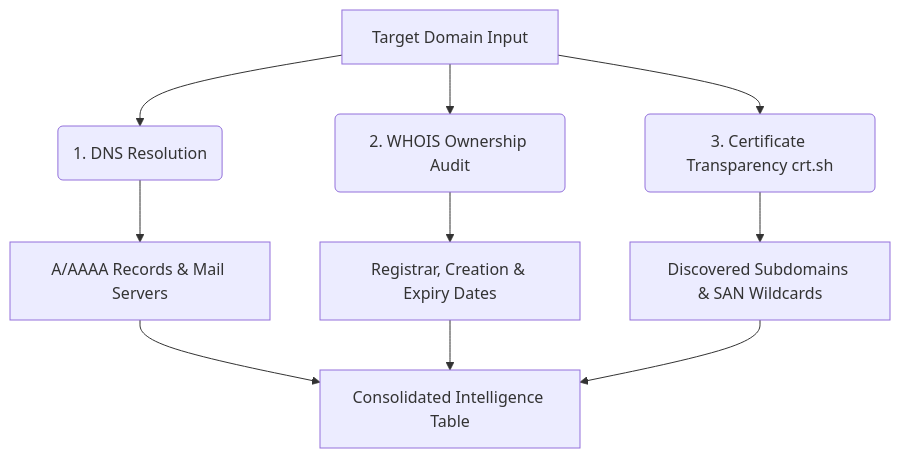
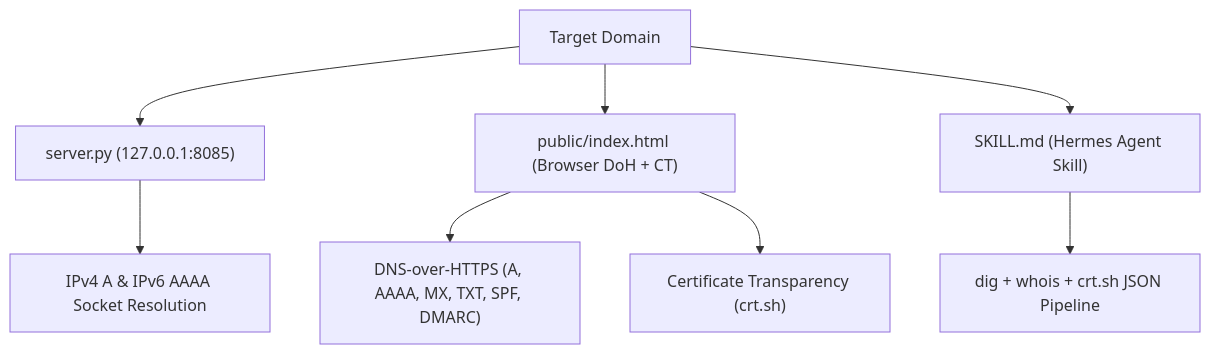
Before and after one commit to NullAITech/osint-scout-skill: the diagram in README.md, drawn with Mermaid. The commit also changed other lines of this file and 9 other files, not shown here.

````diff
--- a/README.md
+++ b/README.md
@@ -35,14 +31,10 @@
 ```mermaid
 flowchart TD
-    A[Target Domain Input] --> B(1. DNS Resolution)
-    A --> C(2. WHOIS Ownership Audit)
-    A --> D(3. Certificate Transparency crt.sh)
-    
-    B --> E[A/AAAA Records & Mail Servers]
-    C --> F[Registrar, Creation & Expiry Dates]
-    D --> G[Discovered Subdomains & SAN Wildcards]
-    
-    E --> H[Consolidated Intelligence Table]
-    F --> H
-    G --> H
+    INPUT["Target Domain"] --> SERVER["server.py (127.0.0.1:8085)"]
+    INPUT --> UI["public/index.html (Browser DoH + CT)"]
+    INPUT --> SKILL["SKILL.md (Hermes Agent Skill)"]
+    SERVER --> SOCK["IPv4 A & IPv6 AAAA Socket Resolution"]
+    UI --> DOH["DNS-over-HTTPS (A, AAAA, MX, TXT, SPF, DMARC)"]
+    UI --> CRT["Certificate Transparency (crt.sh)"]
+    SKILL --> CLI_RECON["dig + whois + crt.sh JSON Pipeline"]
 ```
````
